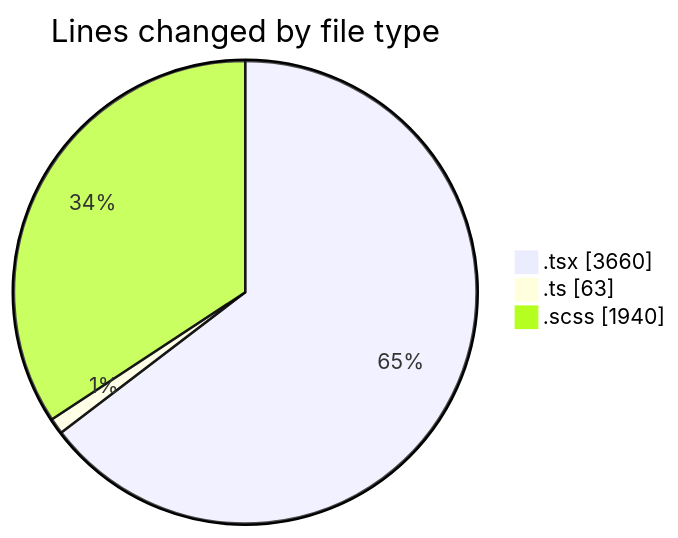
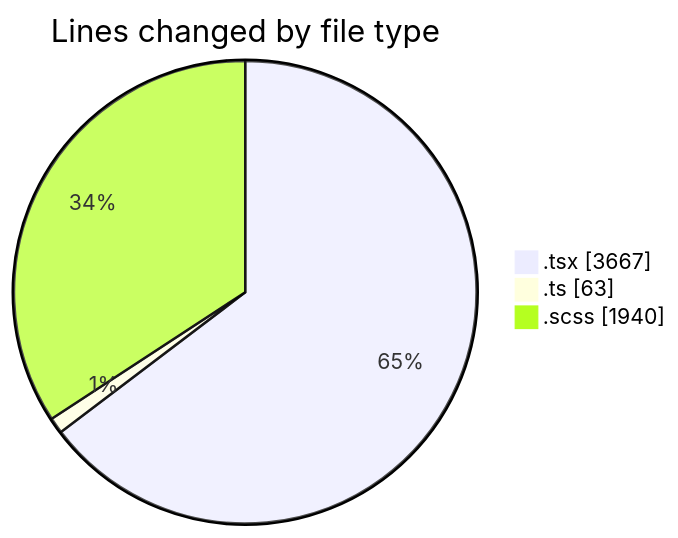
One commit to momahboobian/code-tracking changed the first of 2 diagrams in 2025-04-02/cda/README.md. Above: the diagram before and after it, drawn with Mermaid. The commit also changed other lines of this file and 1 other file, not shown here.

````diff
--- a/2025-04-02/cda/README.md
+++ b/2025-04-02/cda/README.md
@@ -30,7 +30,7 @@
 ```mermaid
 pie showData
 title Lines changed by file type
-".tsx" : 3660
+".tsx" : 3667
 ".ts" : 63
 ".scss" : 1940
 ```
````
